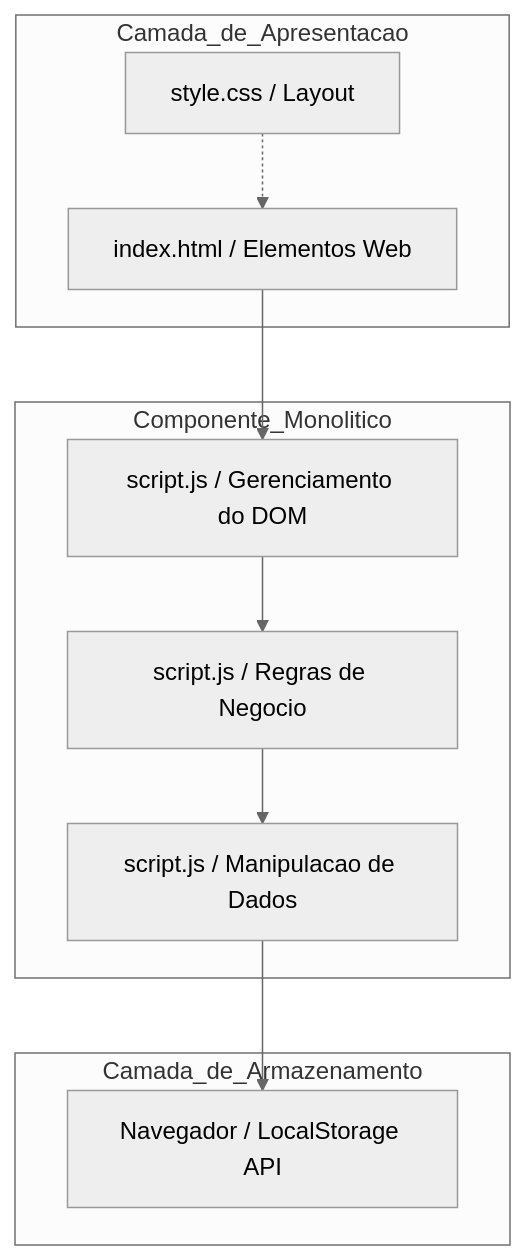
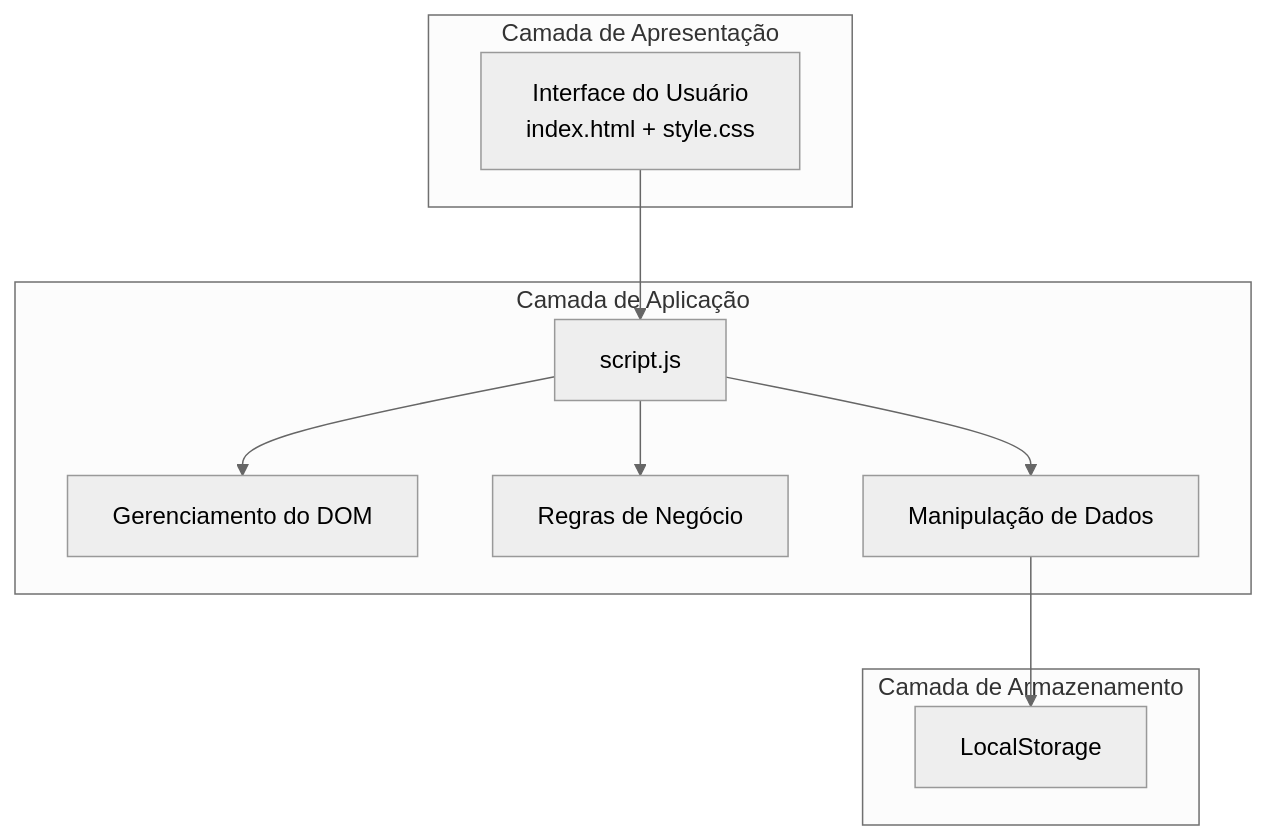
Before and after one commit to soaresavelino/NOTESTACK: the diagram in documentacao/arquitetura.md, drawn with Mermaid (neutral theme). The commit also changed other lines of this file, not shown here.

Commit message:
docs: refina texto da descrição e justificativa da arquitetura

````diff
--- a/documentacao/arquitetura.md
+++ b/documentacao/arquitetura.md
@@ -19,23 +31,25 @@
 ```mermaid
-graph TD
-    subgraph Camada_de_Apresentacao
-        UI[index.html / Elementos Web] 
-        Estilo[style.css / Layout]
+flowchart TD
+
+    subgraph AP["Camada de Apresentação"]
+        UI["Interface do Usuário\nindex.html + style.css"]
     end
 
-    subgraph Componente_Monolitico
-        DOM[script.js / Gerenciamento do DOM]
-        Regras[script.js / Regras de Negocio]
-        Data[script.js / Manipulacao de Dados]
+    subgraph APP["Camada de Aplicação"]
+        JS["script.js"]
+        DOM["Gerenciamento do DOM"]
+        RN["Regras de Negócio"]
+        MD["Manipulação de Dados"]
+
+        JS --> DOM
+        JS --> RN
+        JS --> MD
     end
 
-    subgraph Camada_de_Armazenamento
-        LS[Navegador / LocalStorage API]
+    subgraph AR["Camada de Armazenamento"]
+        LS["LocalStorage"]
     end
 
-    UI --> DOM
-    DOM --> Regras
-    Regras --> Data
-    Data --> LS
-    Estilo -.-> UI
+    UI --> JS
+    MD --> LS
 ```
````
